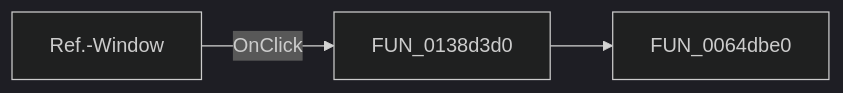
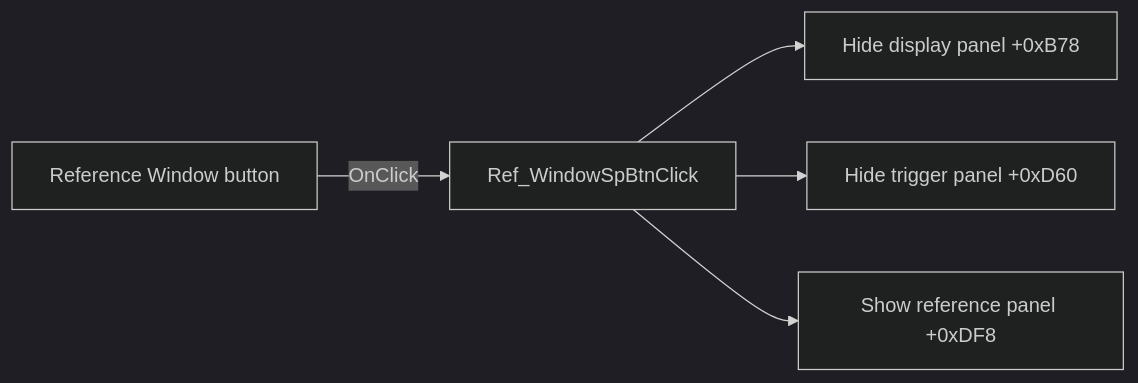
One commit to MovGP0/TIARA changed the diagram in docs/ui-controls/signalanalyzerwin/ref-windowspbtn-13759e7b01.md. Above: the diagram before and after it, drawn with Mermaid (dark theme). The commit also changed other lines of this file and 1062 other files, not shown here.

````diff
--- a/docs/ui-controls/signalanalyzerwin/ref-windowspbtn-13759e7b01.md
+++ b/docs/ui-controls/signalanalyzerwin/ref-windowspbtn-13759e7b01.md
@@ -27,5 +29,7 @@
 ```mermaid
 flowchart LR
-    control["Ref.-Window"] -->|OnClick| handler["FUN_0138d3d0"]
-    handler --> call1["FUN_0064dbe0"]
+    control["Reference Window button"] -->|OnClick| handler["Ref_WindowSpBtnClick"]
+    handler --> hideDisplay["Hide display panel +0xB78"]
+    handler --> hideTrigger["Hide trigger panel +0xD60"]
+    handler --> showReference["Show reference panel +0xDF8"]
 ```
````
